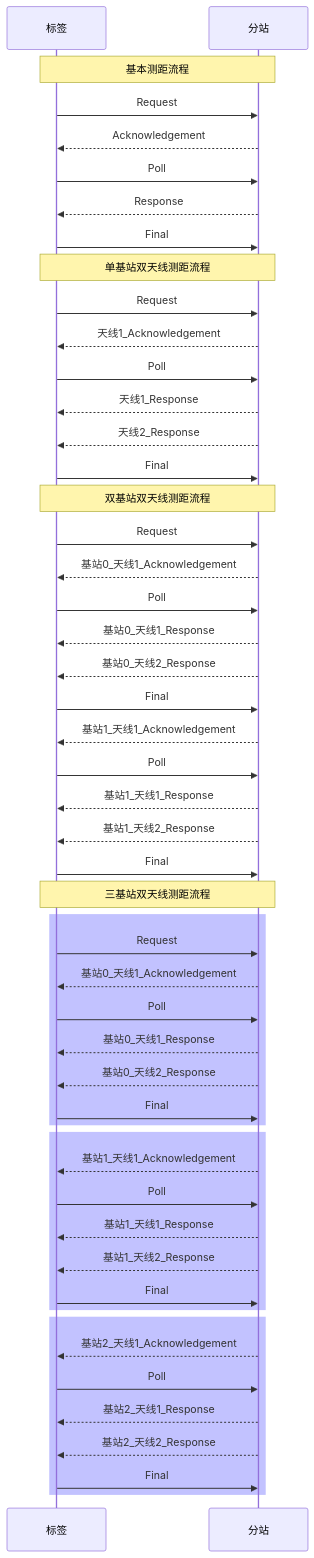
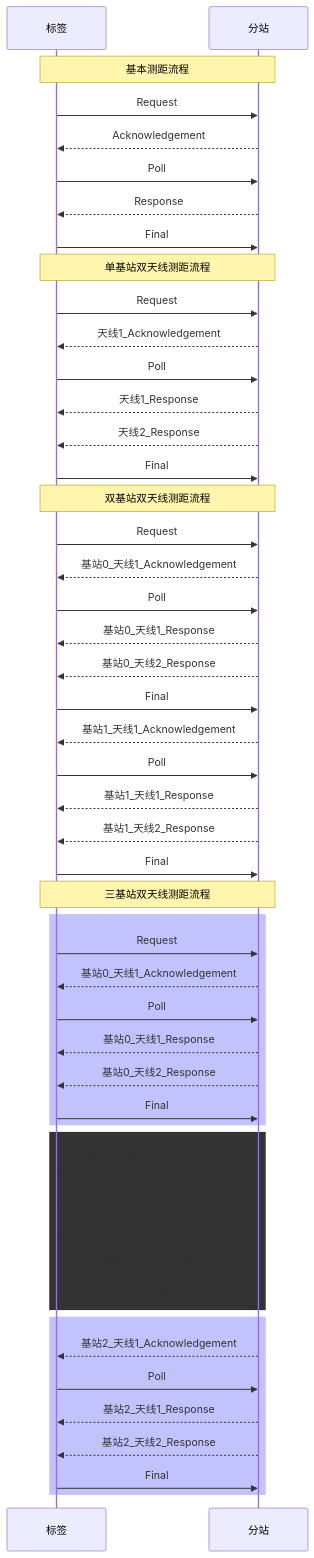
The diagram in all/未命名.md (geek-zhao/iodraw-files), drawn with Mermaid before and after one commit.

Commit message:
2024-08-17 14:20:04 update

````diff
--- a/all/未命名.md
+++ b/all/未命名.md
@@ -1,57 +1,57 @@
 ```mermaid
 sequenceDiagram
     participant tag as 标签
     participant anchor as 分站
 
     Note over tag,anchor: 基本测距流程
     tag->>anchor: Request
     anchor-->>tag: Acknowledgement
     tag->>anchor: Poll
     anchor-->>tag: Response
     tag->>anchor: Final       
 
     Note over tag,anchor: 单基站双天线测距流程
     tag->>anchor: Request
     anchor-->>tag: 天线1_Acknowledgement
     tag->>anchor: Poll
     anchor-->>tag: 天线1_Response 
     anchor-->>tag: 天线2_Response
     tag->>anchor: Final   
 
     Note over tag,anchor: 双基站双天线测距流程
     tag->>anchor: Request
     anchor-->>tag: 基站0_天线1_Acknowledgement
     tag->>anchor: Poll
     anchor-->>tag: 基站0_天线1_Response 
     anchor-->>tag: 基站0_天线2_Response
     tag->>anchor: Final   
     anchor-->>tag: 基站1_天线1_Acknowledgement
     tag->>anchor: Poll
     anchor-->>tag: 基站1_天线1_Response 
     anchor-->>tag: 基站1_天线2_Response
     tag->>anchor: Final   
 
     Note over tag,anchor: 三基站双天线测距流程
     rect rgba(0, 0, 255, .24)
     tag->>anchor: Request
     anchor-->>tag: 基站0_天线1_Acknowledgement
     tag->>anchor: Poll
     anchor-->>tag: 基站0_天线1_Response 
     anchor-->>tag: 基站0_天线2_Response
     tag->>anchor: Final   
     end
-    rect rgba(0, 0, 255, .24)
+    rect rgba(0, 0, 255, .)
     anchor-->>tag: 基站1_天线1_Acknowledgement
     tag->>anchor: Poll
     anchor-->>tag: 基站1_天线1_Response 
     anchor-->>tag: 基站1_天线2_Response
     tag->>anchor: Final   
     end
     rect rgba(0, 0, 255, .24)
     anchor-->>tag: 基站2_天线1_Acknowledgement
     tag->>anchor: Poll
     anchor-->>tag: 基站2_天线1_Response 
     anchor-->>tag: 基站2_天线2_Response
     tag->>anchor: Final   
     end
 ```
````
